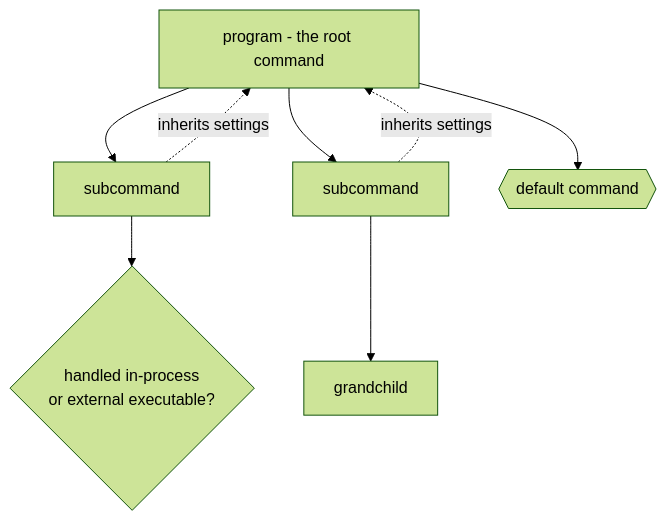
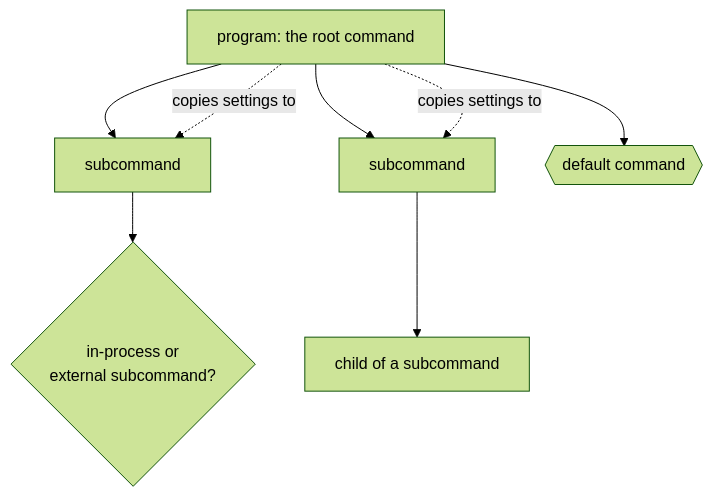
Before and after one commit to KeunwooPark/cluedoc: the first of 3 diagrams in docs/examples/commander/.cluedoc/command-model/README.md, drawn with Mermaid (forest theme). The commit also changed other lines of this file and 22 other files, not shown here.

````diff
--- a/docs/examples/commander/.cluedoc/command-model/README.md
+++ b/docs/examples/commander/.cluedoc/command-model/README.md
@@ -8,11 +8,11 @@
 ```mermaid
 flowchart TD
-    ROOT["program - the root command"]
+    ROOT["program: the root command"]
     ROOT --> C1["subcommand"]
     ROOT --> C2["subcommand"]
-    C2 --> G1["grandchild"]
-    C1 -. inherits settings .-> ROOT
-    C2 -. inherits settings .-> ROOT
+    C2 --> G1["child of a subcommand"]
+    ROOT -. "copies settings to" .-> C1
+    ROOT -. "copies settings to" .-> C2
     ROOT --> DEF{{"default command"}}
-    C1 --> KIND{"handled in-process<br/>or external executable?"}
+    C1 --> KIND{"in-process or<br/>external subcommand?"}
 ```
````
